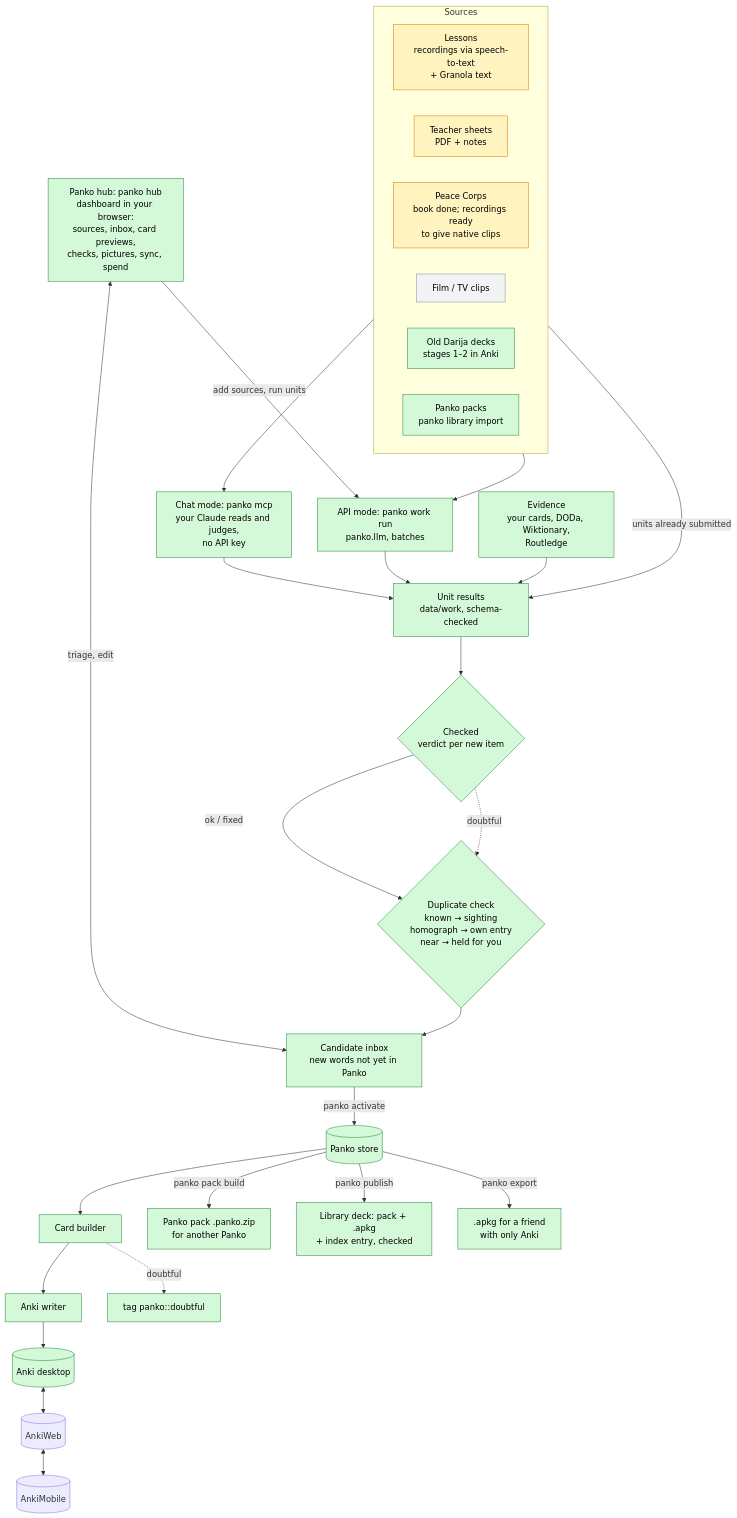
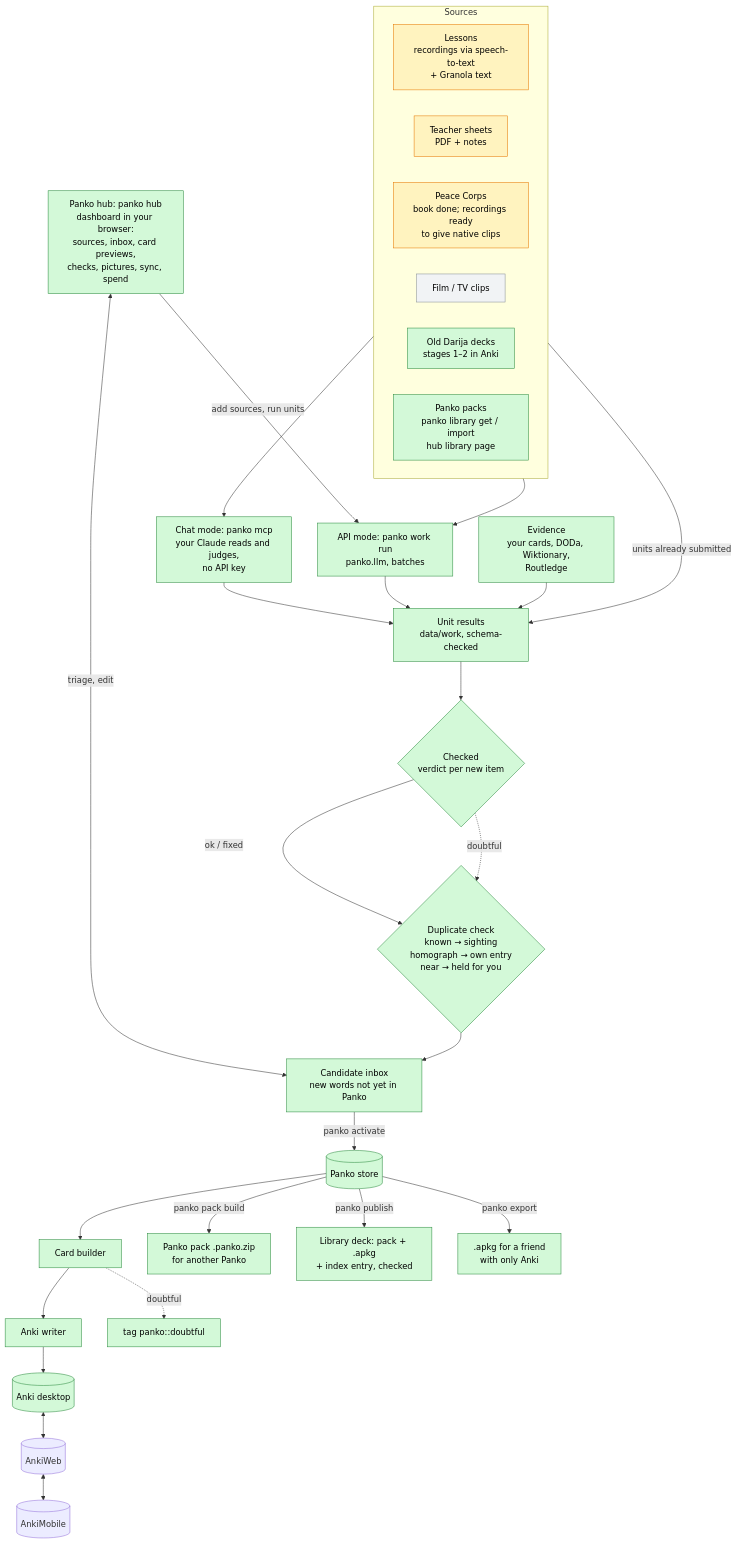
The first of 5 diagrams in docs/ARCHITECTURE.md (NotAHill/panko), drawn with Mermaid before and after one commit. The commit also changed other lines of this file and 13 other files, not shown here.

First line of the commit message:
Deck library L3: panko library list|get and the hub's library page

````diff
--- a/docs/ARCHITECTURE.md
+++ b/docs/ARCHITECTURE.md
@@ -12,38 +12,38 @@
 ```mermaid
 flowchart TB
     subgraph Sources
         direction LR
         L[Lessons<br/>recordings via speech-to-text<br/>+ Granola text]:::part
         T[Teacher sheets<br/>PDF + notes]:::part
         PC[Peace Corps<br/>book done; recordings ready<br/>to give native clips]:::part
         M[Film / TV clips]:::plan
         D[Old Darija decks<br/>stages 1–2 in Anki]:::built
-        P[Panko packs<br/>panko library import]:::built
+        P[Panko packs<br/>panko library get / import<br/>hub library page]:::built
     end
     Sources --> CM[Chat mode: panko mcp<br/>your Claude reads and judges,<br/>no API key]:::built
     Sources --> API[API mode: panko work run<br/>panko.llm, batches]:::built
     HUB[Panko hub: panko hub<br/>dashboard in your browser:<br/>sources, inbox, card previews,<br/>checks, pictures, sync, spend]:::built
     HUB -- add sources, run units --> API
     HUB <-- triage, edit --> IN
     CM --> X[Unit results<br/>data/work, schema-checked]:::built
     API --> X
     P -- units already submitted --> X
     EV[Evidence<br/>your cards, DODa, Wiktionary,<br/>Routledge]:::built --> X
     X --> C{Checked<br/>verdict per new item}:::built
     C -- ok / fixed --> DD{Duplicate check<br/>known → sighting<br/>homograph → own entry<br/>near → held for you}:::built
     C -. doubtful .-> DD
     DD --> IN[Candidate inbox<br/>new words not yet in Panko]:::built
     IN -- panko activate --> S[(Panko store)]:::built
     S --> B[Card builder]:::built
     B --> W[Anki writer]:::built
     B -. doubtful .-> F[tag panko::doubtful]:::built
     W --> A[(Anki desktop)]:::built
     S -- panko pack build --> P2[Panko pack .panko.zip<br/>for another Panko]:::built
     S -- panko publish --> PUB[Library deck: pack + .apkg<br/>+ index entry, checked]:::built
     S -- panko export --> AP[.apkg for a friend<br/>with only Anki]:::built
     A <--> AW[(AnkiWeb)] <--> AM[(AnkiMobile)]
 
     classDef built fill:#d3f9d8,stroke:#2b8a3e,color:#000
     classDef part fill:#fff3bf,stroke:#e67700,color:#000
     classDef plan fill:#f1f3f5,stroke:#868e96,color:#000
 ```
````
